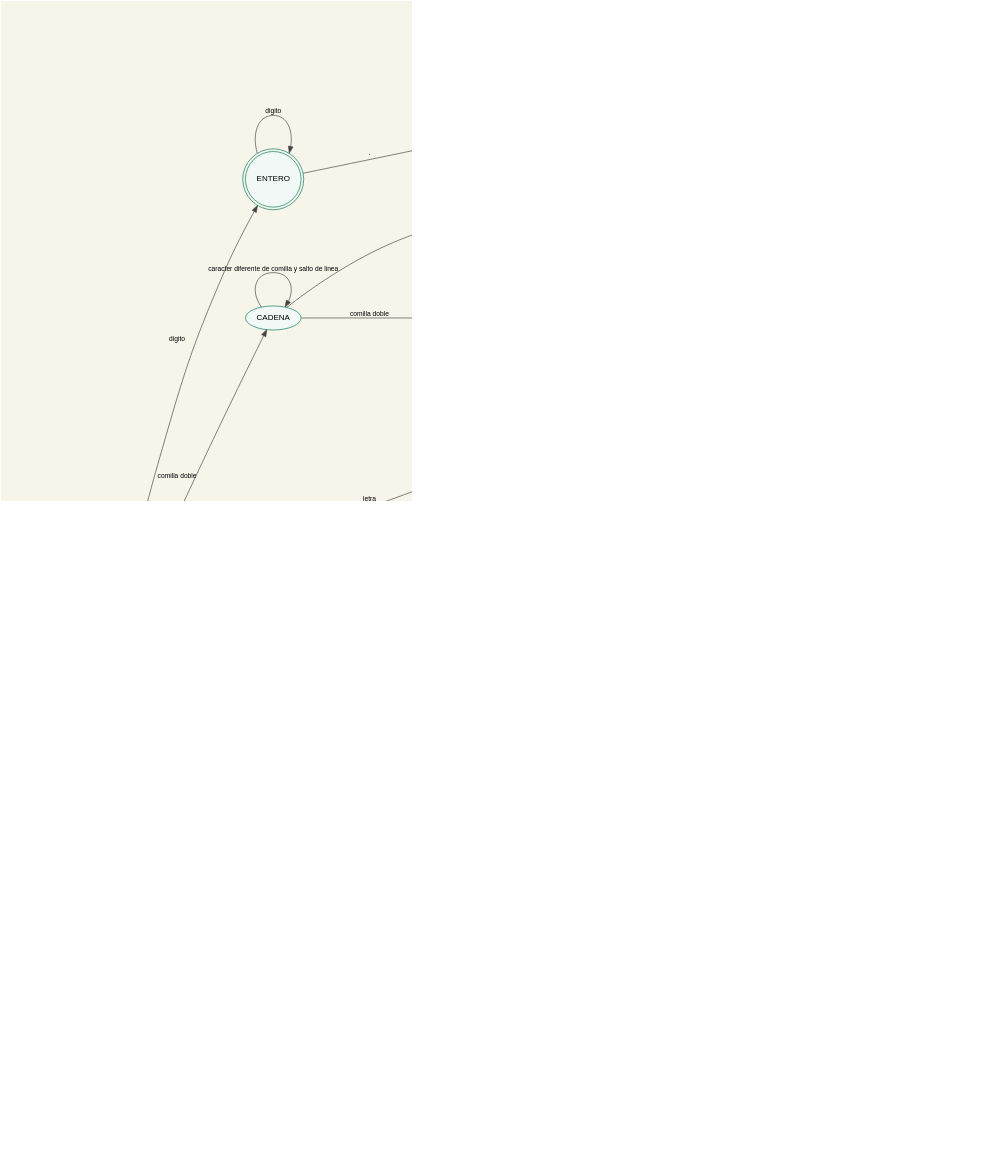
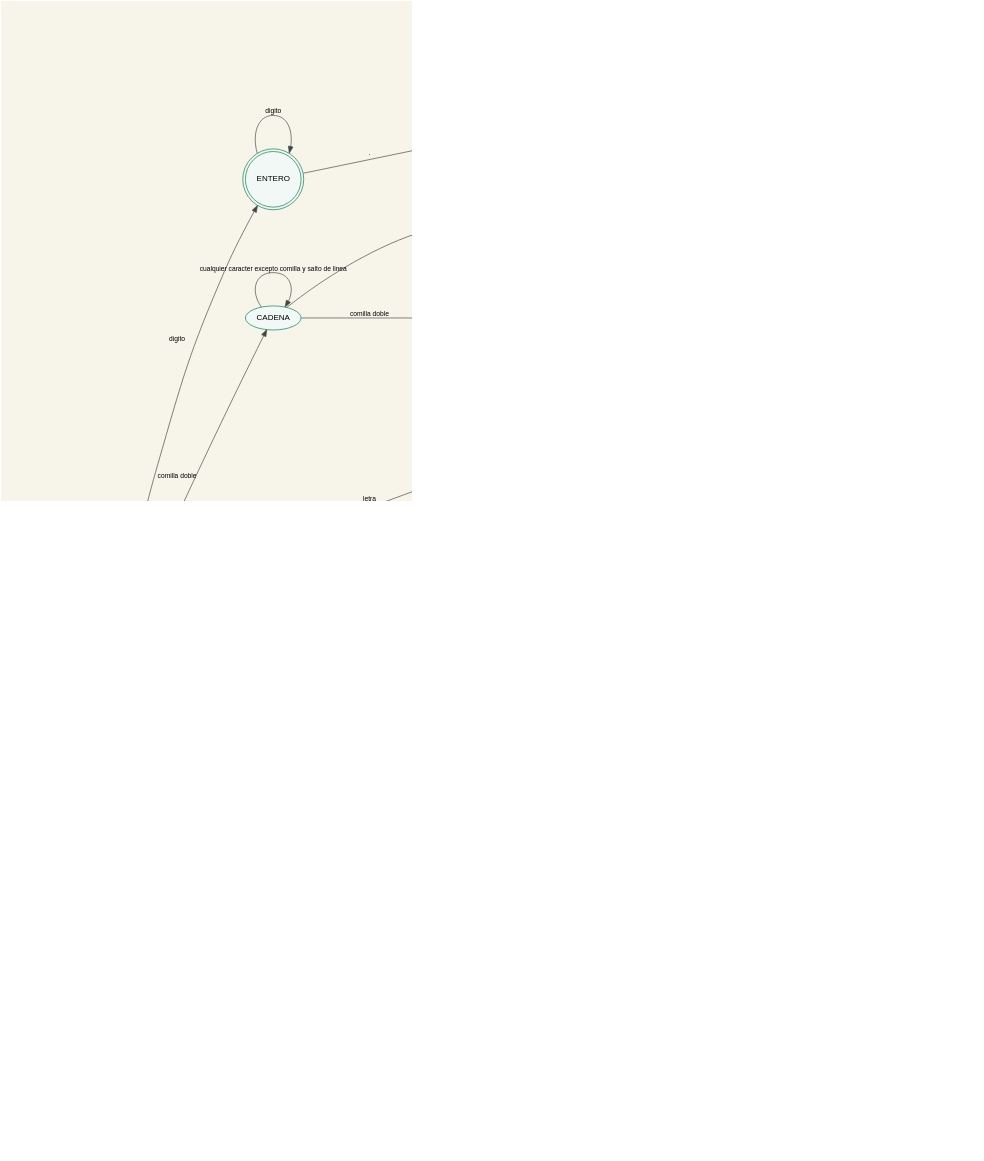
One commit to JesuaIxcolin1/PromptZal_LenguajesFormales changed the diagram in afd.dot. Above: the diagram before and after it, drawn with Graphviz. The commit also changed 11 other files, not shown here.

```diff
--- a/afd.dot
+++ b/afd.dot
@@ -1,66 +1,66 @@
 digraph AFD {
 rankdir=LR;
 
 graph [bgcolor="#F7F4EA", pad="0.4", nodesep="0.7", ranksep="1.2", dpi=180];
 node [fontname="Arial", fontsize=12, style=filled, fillcolor="#F1F8F5", color="#007A5E"];
 edge [fontname="Arial", fontsize=10, color="#444444"];
 
 inicio [shape=point];
 inicio -> INICIAL;
 
 DIRECTIVA [shape=doublecircle];
 CADENA_ACEPTADA [shape=doublecircle];
 ENTERO [shape=doublecircle];
 DECIMAL [shape=doublecircle];
 IDENTIFICADOR [shape=doublecircle];
 CONECTOR [shape=doublecircle];
 OPERADOR [shape=doublecircle];
 DELIMITADOR [shape=doublecircle];
 COMENTARIO_LINEA [shape=doublecircle];
 COMENTARIO_BLOQUE_CERRADO [shape=doublecircle];
 
 ERROR [shape=circle];
 
 INICIAL -> INICIAL [label="espacio, tab, salto de linea"];
 INICIAL -> ARROBA [label="@"];
 INICIAL -> CADENA [label="comilla doble"];
 INICIAL -> ENTERO [label="digito"];
 INICIAL -> IDENTIFICADOR [label="letra, _"];
 INICIAL -> SLASH [label="/"];
 INICIAL -> GUION [label="-"];
 INICIAL -> OPERADOR [label="=, +"];
 INICIAL -> DELIMITADOR [label="{ } ( ) , ;"];
 INICIAL -> ERROR [label="otro"];
 
 ARROBA -> DIRECTIVA [label="letra"];
 ARROBA -> ERROR [label="otro"];
 DIRECTIVA -> DIRECTIVA [label="letra"];
 
-CADENA -> CADENA [label="caracter diferente de comilla y salto de linea"];
+CADENA -> CADENA [label="cualquier caracter excepto comilla y salto de linea"];
 CADENA -> CADENA_ACEPTADA [label="comilla doble"];
 CADENA -> ERROR [label="salto de linea"];
 
 ENTERO -> ENTERO [label="digito"];
 ENTERO -> PUNTO_DECIMAL [label="."];
 PUNTO_DECIMAL -> DECIMAL [label="digito"];
 PUNTO_DECIMAL -> ERROR [label="otro"];
 DECIMAL -> DECIMAL [label="digito"];
 
 IDENTIFICADOR -> IDENTIFICADOR [label="letra, digito, _"];
 
 SLASH -> COMENTARIO_LINEA [label="/"];
 SLASH -> COMENTARIO_BLOQUE [label="*"];
 SLASH -> ERROR [label="otro"];
 
 COMENTARIO_LINEA -> COMENTARIO_LINEA [label="caracter diferente de salto"];
 
 COMENTARIO_BLOQUE -> COMENTARIO_BLOQUE [label="caracter diferente de *"];
 COMENTARIO_BLOQUE -> ASTERISCO_COMENTARIO [label="*"];
 ASTERISCO_COMENTARIO -> COMENTARIO_BLOQUE_CERRADO [label="/"];
 ASTERISCO_COMENTARIO -> ASTERISCO_COMENTARIO [label="*"];
 ASTERISCO_COMENTARIO -> COMENTARIO_BLOQUE [label="otro"];
 
 GUION -> CONECTOR [label=">"];
 GUION -> ERROR [label="otro"];
 
 }
```
